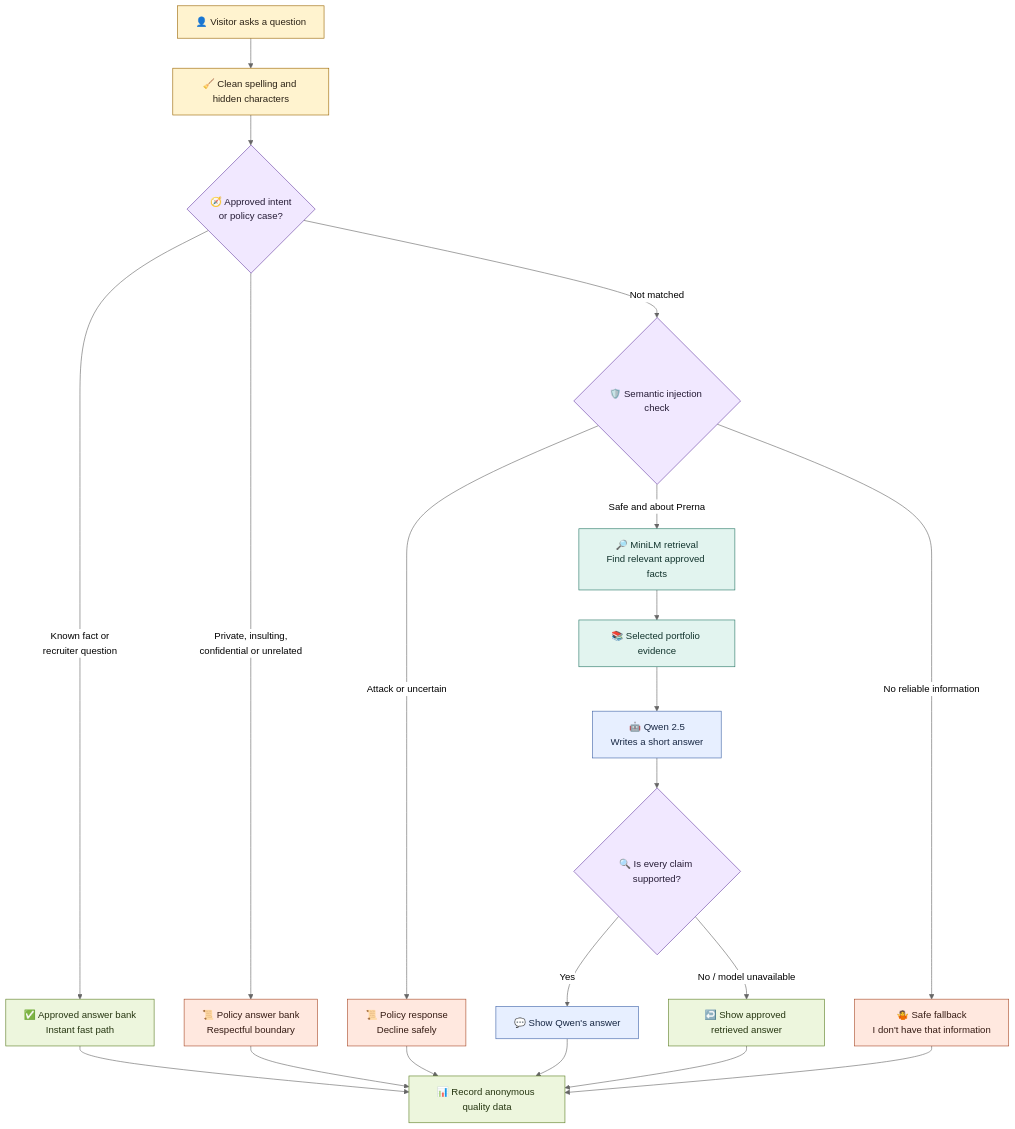
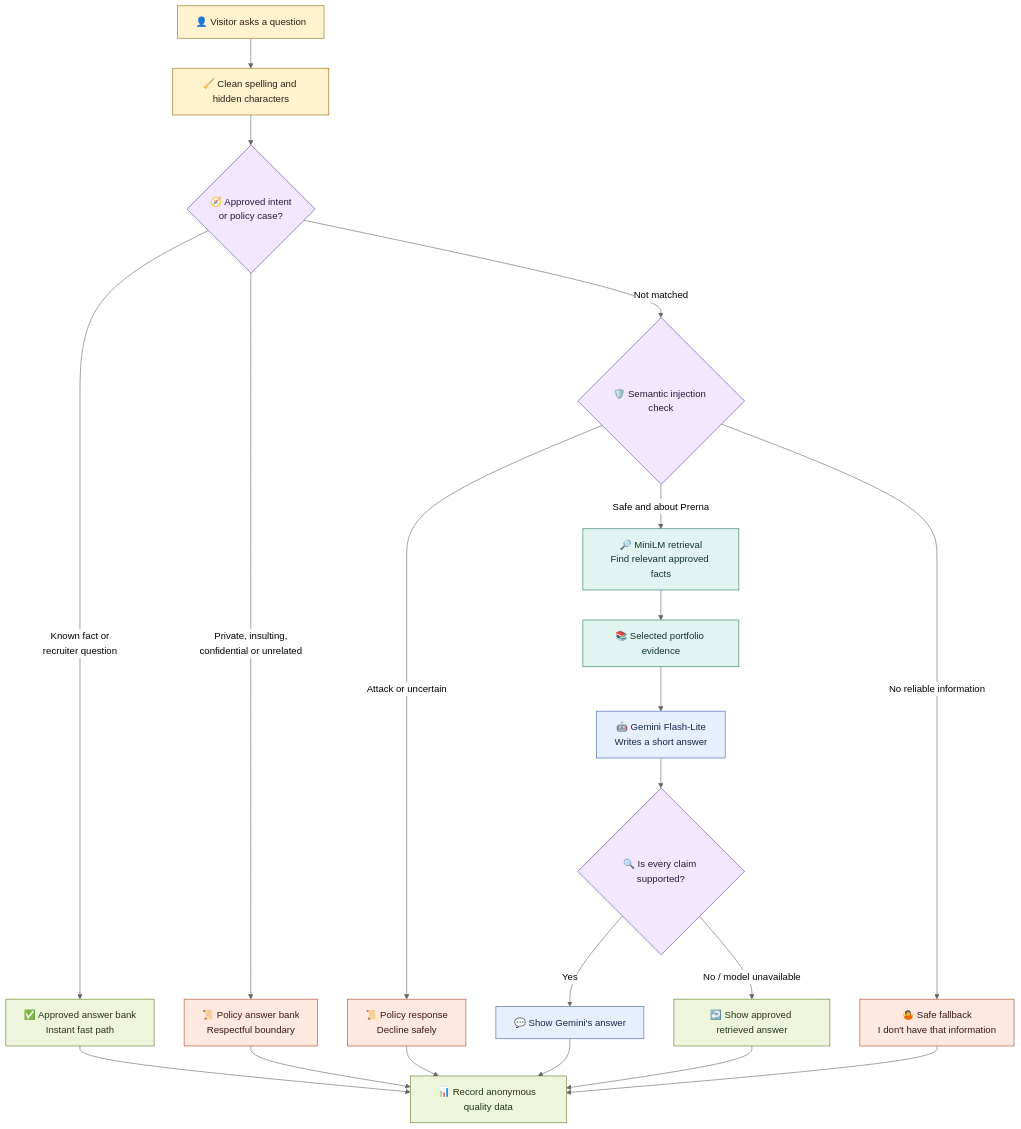
The first of 2 diagrams in README.md (robona-pk/portfolio), drawn with Mermaid (neutral theme) before and after one commit. The commit also changed other lines of this file and 7 other files, not shown here.

Commit message:
Migrate chatbot generation to Gemini Flash

````diff
--- a/README.md
+++ b/README.md
@@ -53,40 +53,40 @@
 ```mermaid
 flowchart TD
     A["👤 Visitor asks a question"] --> B["🧹 Clean spelling and hidden characters"]
     B --> C{"🧭 Approved intent<br/>or policy case?"}
 
     C -- "Known fact or<br/>recruiter question" --> G["✅ Approved answer bank<br/>Instant fast path"]
     C -- "Private, insulting,<br/>confidential or unrelated" --> F["📜 Policy answer bank<br/>Respectful boundary"]
     C -- "Not matched" --> E{"🛡️ Semantic injection check"}
 
     E -- "Attack or uncertain" --> D["📜 Policy response<br/>Decline safely"]
     E -- "Safe and about Prerna" --> H["🔎 MiniLM retrieval<br/>Find relevant approved facts"]
     E -- "No reliable information" --> I["🤷 Safe fallback<br/>I don't have that information"]
 
     H --> J["📚 Selected portfolio evidence"]
-    J --> K["🤖 Qwen 2.5<br/>Writes a short answer"]
+    J --> K["🤖 Gemini Flash-Lite<br/>Writes a short answer"]
     K --> L{"🔍 Is every claim supported?"}
-    L -- "Yes" --> M["💬 Show Qwen's answer"]
+    L -- "Yes" --> M["💬 Show Gemini's answer"]
     L -- "No / model unavailable" --> N["↩️ Show approved retrieved answer"]
 
     D --> O["📊 Record anonymous quality data"]
     F --> O
     G --> O
     I --> O
     M --> O
     N --> O
 
     classDef visitor fill:#fff3cf,stroke:#9a6500,color:#2a2115;
     classDef decision fill:#f1e8ff,stroke:#6941a5,color:#251b35;
     classDef policy fill:#ffe8df,stroke:#a84a28,color:#351b13;
     classDef retrieval fill:#e2f4ef,stroke:#277766,color:#12342d;
     classDef ai fill:#e7efff,stroke:#3f64a8,color:#172743;
     classDef output fill:#edf6dd,stroke:#5d7f25,color:#263611;
 
     class A,B visitor;
     class C,E,L decision;
     class D,F,I policy;
     class H,J retrieval;
     class K,M ai;
     class G,N,O output;
 ```
````
